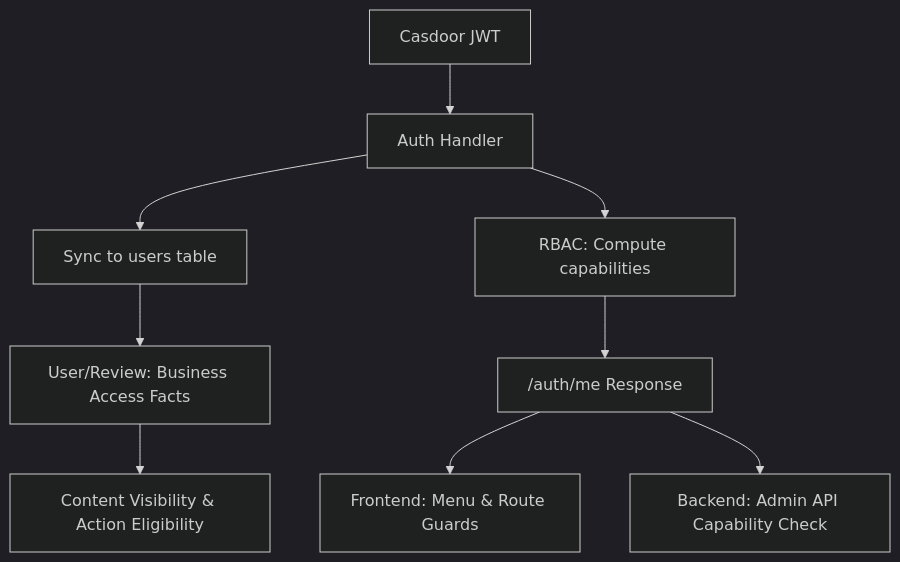
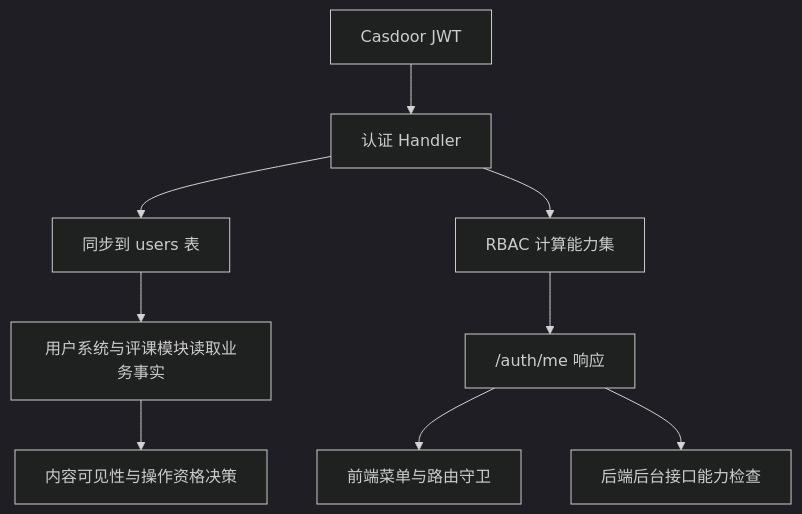
Before and after one commit to StuHelper/StuHelper: the diagram in docs/architecture/ecosystem-identity-and-authorization.md, drawn with Mermaid (dark theme). The commit also changed other lines of this file and 9 other files, not shown here.

````diff
--- a/docs/architecture/ecosystem-identity-and-authorization.md
+++ b/docs/architecture/ecosystem-identity-and-authorization.md
@@ -54,11 +54,11 @@
 ```mermaid
 flowchart TD
-    A["Casdoor JWT"] --> B["Auth Handler"]
-    B --> C["Sync to users table"]
-    B --> D["RBAC: Compute capabilities"]
-    D --> E["/auth/me Response"]
-    E --> F["Frontend: Menu & Route Guards"]
-    E --> G["Backend: Admin API Capability Check"]
-    C --> H["User/Review: Business Access Facts"]
-    H --> I["Content Visibility & Action Eligibility"]
+    A["Casdoor JWT"] --> B["认证 Handler"]
+    B --> C["同步到 users 表"]
+    B --> D["RBAC 计算能力集"]
+    D --> E["/auth/me 响应"]
+    E --> F["前端菜单与路由守卫"]
+    E --> G["后端后台接口能力检查"]
+    C --> H["用户系统与评课模块读取业务事实"]
+    H --> I["内容可见性与操作资格决策"]
 ```
````
